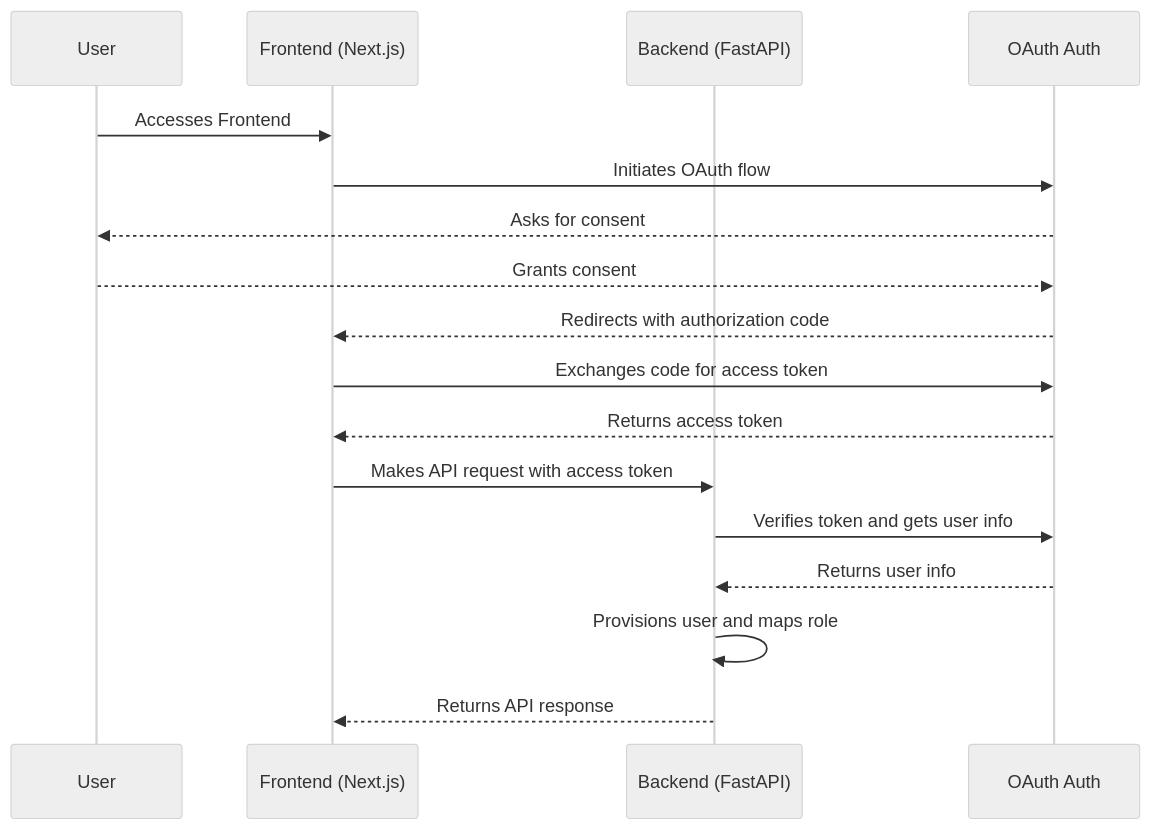
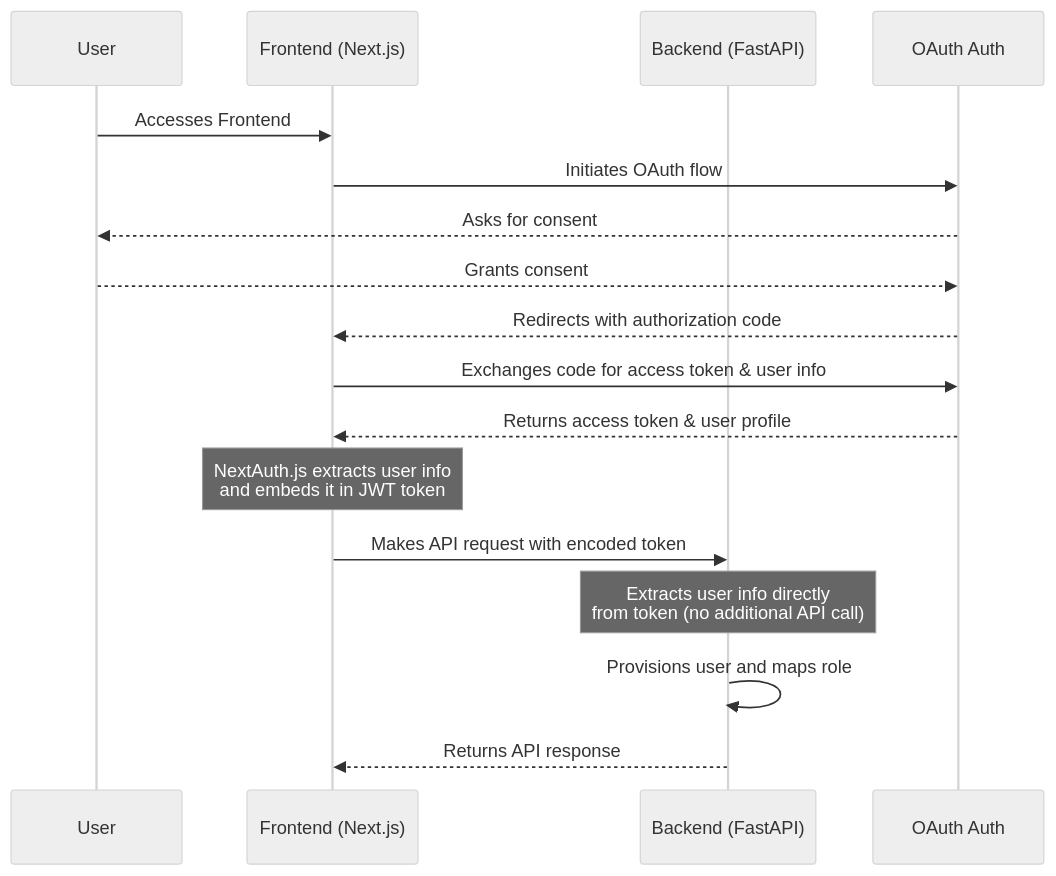
The diagram in docs/deployment/authentication/oauth-auth.mdx (thealtoclef/keep), drawn with Mermaid (neutral theme) before and after one commit. The commit also changed other lines of this file and 4 other files, not shown here.

First line of the commit message:
🎯 feat(authentication): shift to JWT-based token verification for OAuth

````diff
--- a/docs/deployment/authentication/oauth-auth.mdx
+++ b/docs/deployment/authentication/oauth-auth.mdx
@@ -19,20 +19,20 @@
 ```mermaid
 sequenceDiagram
     participant User
     participant Frontend (Next.js)
     participant Backend (FastAPI)
     participant OAuth Auth
 
     User->>Frontend (Next.js): Accesses Frontend
     Frontend (Next.js)->>OAuth Auth: Initiates OAuth flow
     OAuth Auth-->>User: Asks for consent
     User-->>OAuth Auth: Grants consent
     OAuth Auth-->>Frontend (Next.js): Redirects with authorization code
-    Frontend (Next.js)->>OAuth Auth: Exchanges code for access token
-    OAuth Auth-->>Frontend (Next.js): Returns access token
-    Frontend (Next.js)->>Backend (FastAPI): Makes API request with access token
-    Backend (FastAPI)->>OAuth Auth: Verifies token and gets user info
-    OAuth Auth-->>Backend (FastAPI): Returns user info
+    Frontend (Next.js)->>OAuth Auth: Exchanges code for access token & user info
+    OAuth Auth-->>Frontend (Next.js): Returns access token & user profile
+    Note over Frontend (Next.js): NextAuth.js extracts user info<br/>and embeds it in JWT token
+    Frontend (Next.js)->>Backend (FastAPI): Makes API request with encoded token
+    Note over Backend (FastAPI): Extracts user info directly<br/>from token (no additional API call)
     Backend (FastAPI)->>Backend (FastAPI): Provisions user and maps role
     Backend (FastAPI)-->>Frontend (Next.js): Returns API response
 ```
````
